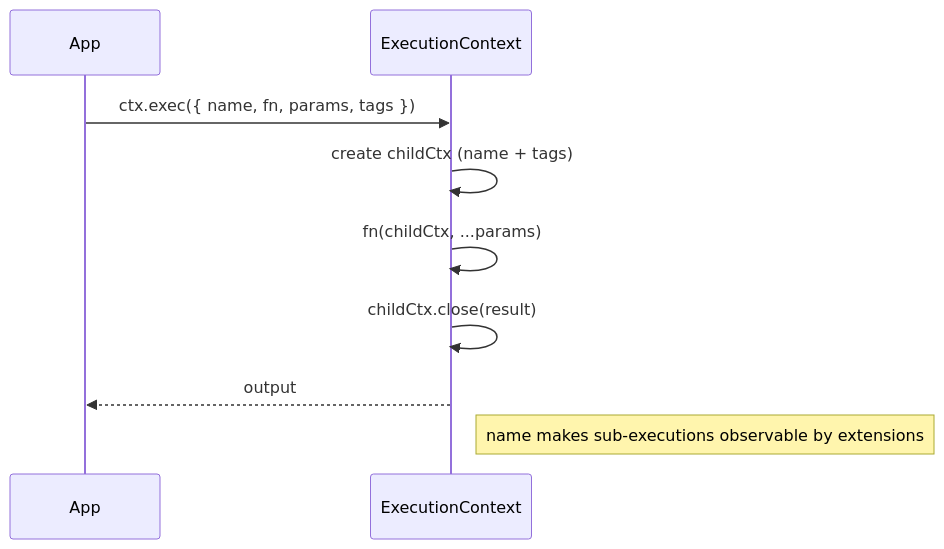
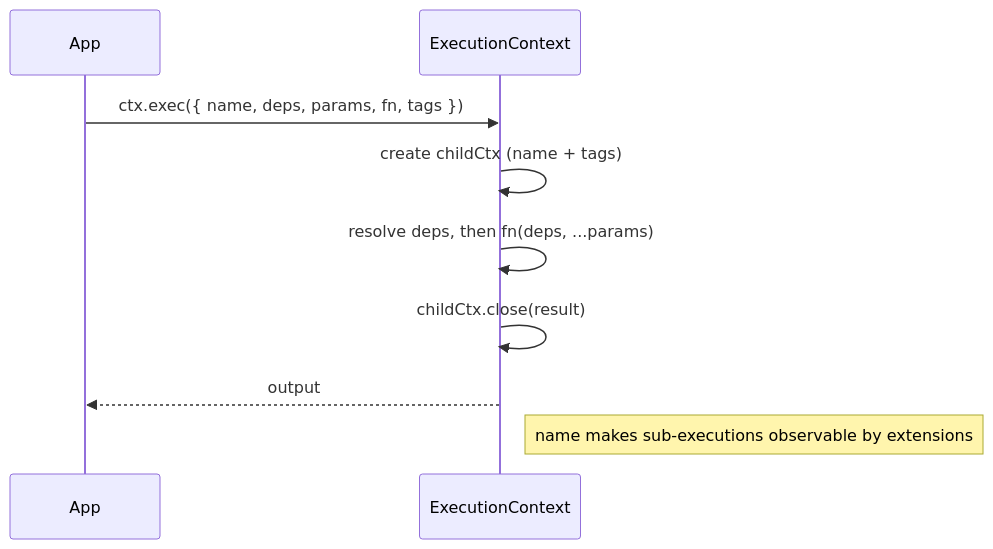
Before and after one commit to pumped-fn/pumped-fn: diagram 11 of 12 in pkg/core/lite/PATTERNS.md, drawn with Mermaid. The commit also changed other lines of this file and 70 other files, not shown here.

````diff
--- a/pkg/core/lite/PATTERNS.md
+++ b/pkg/core/lite/PATTERNS.md
@@ -447,12 +447,12 @@
 ```mermaid
 sequenceDiagram
     participant App
     participant Ctx as ExecutionContext
 
-    App->>Ctx: ctx.exec({ name, fn, params, tags })
+    App->>Ctx: ctx.exec({ name, deps, params, fn, tags })
     Ctx->>Ctx: create childCtx (name + tags)
-    Ctx->>Ctx: fn(childCtx, ...params)
+    Ctx->>Ctx: resolve deps, then fn(deps, ...params)
     Ctx->>Ctx: childCtx.close(result)
     Ctx-->>App: output
     Note right of Ctx: name makes sub-executions observable by extensions
 ```
````
